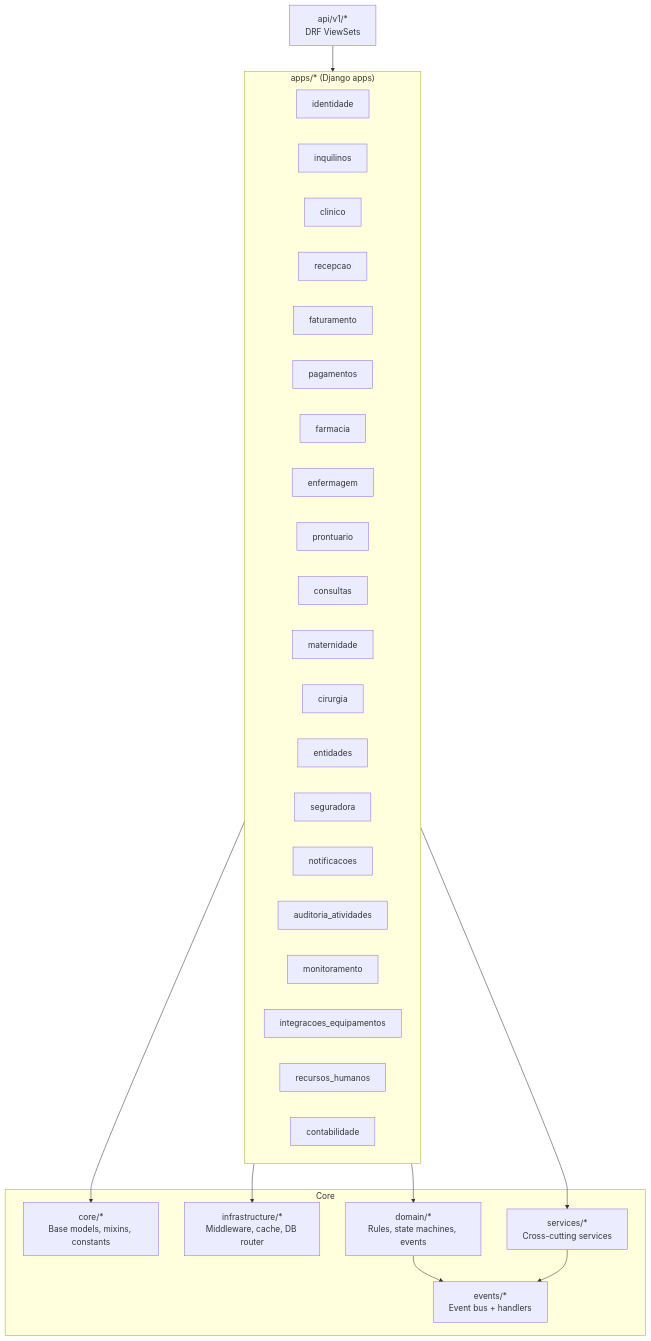
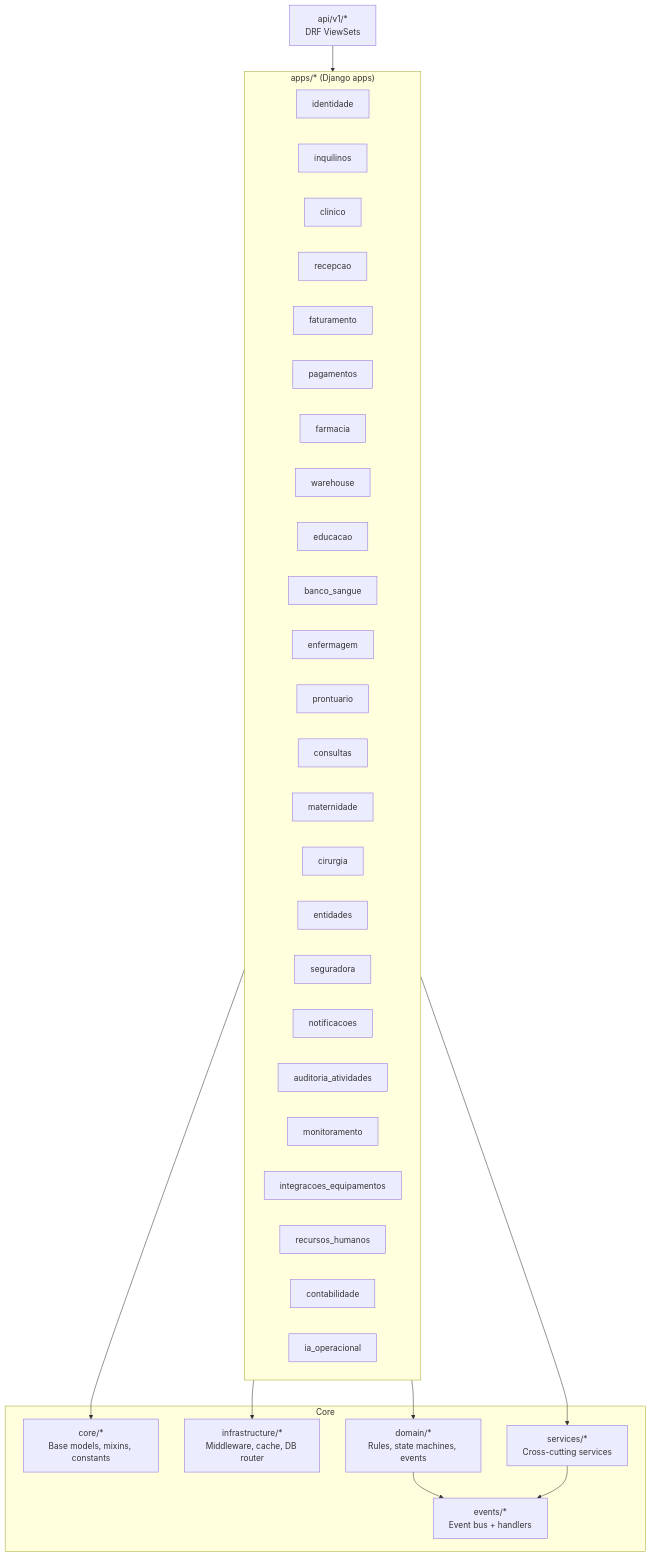
Before and after one commit to abdultrato/substrato: the second of 3 diagrams in SUBSTRATO.md, drawn with Mermaid. The commit also changed other lines of this file and 4 other files, not shown here.

````diff
--- a/SUBSTRATO.md
+++ b/SUBSTRATO.md
@@ -843,41 +908,45 @@
 ```mermaid
 flowchart TB
   subgraph Core
     NUC[core/*\nBase models, mixins, constants]
     INF[infrastructure/*\nMiddleware, cache, DB router]
     DOM[domain/*\nRules, state machines, events]
     EVT[events/*\nEvent bus + handlers]
     SRV[services/*\nCross-cutting services]
   end
 
   subgraph Apps["apps/* (Django apps)"]
     ID[identidade]
     TEN[inquilinos]
     CLI[clinico]
     REC[recepcao]
     FAT[faturamento]
     PAG[pagamentos]
     FAR[farmacia]
+    WMS[warehouse]
+    EDU[educacao]
+    BS[banco_sangue]
     ENF[enfermagem]
     PRO[prontuario]
     CON[consultas]
     MAT[maternidade]
     CIR[cirurgia]
     ENT[entidades]
     SEG[seguradora]
     NOT[notificacoes]
     AUD[auditoria_atividades]
     MON[monitoramento]
     INT[integracoes_equipamentos]
     RH[recursos_humanos]
     ACC[contabilidade]
+    AI[ia_operacional]
   end
 
   API[api/v1/*\nDRF ViewSets] --> Apps
   Apps --> NUC
   Apps --> INF
   Apps --> DOM
   Apps --> SRV
   DOM --> EVT
   SRV --> EVT
 ```
````
